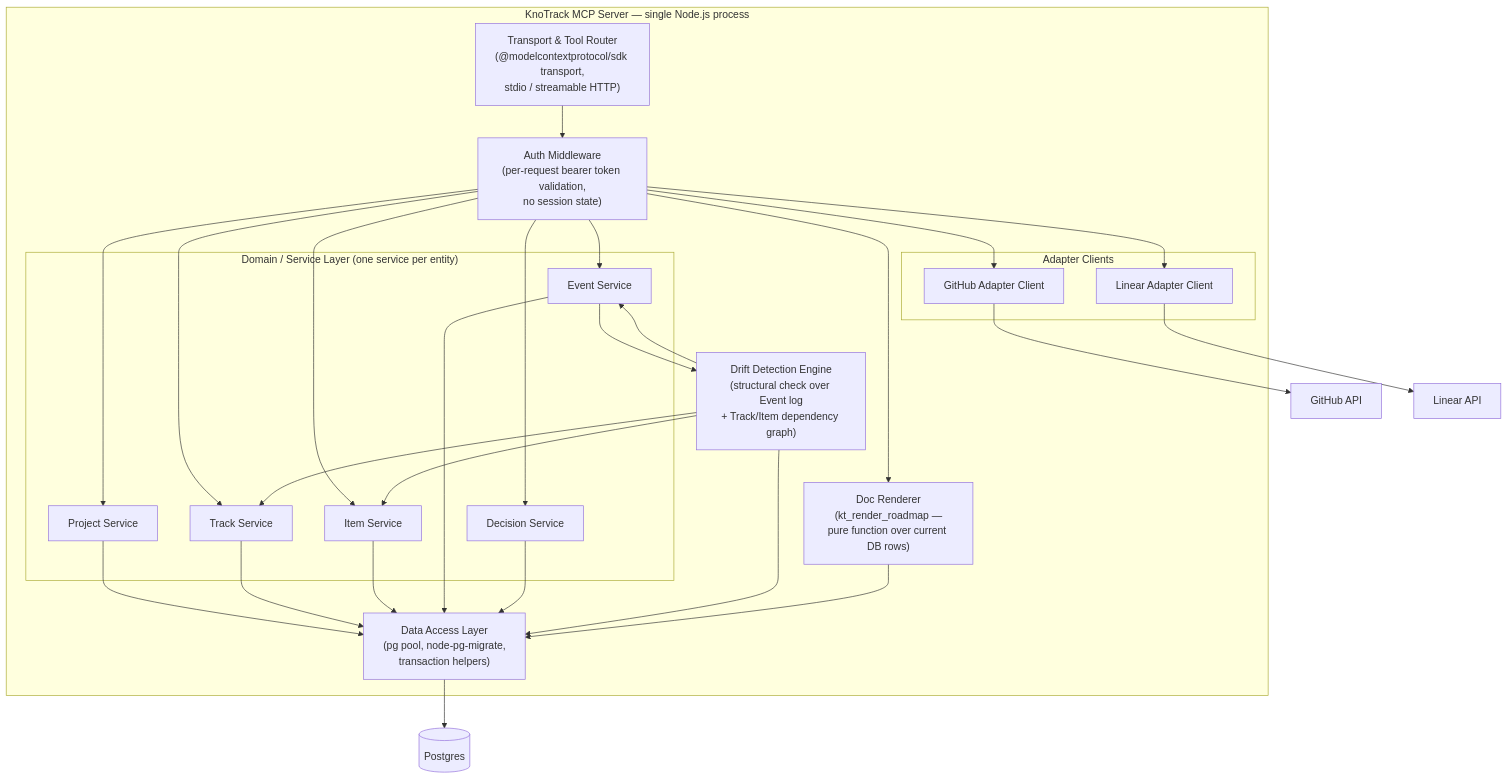
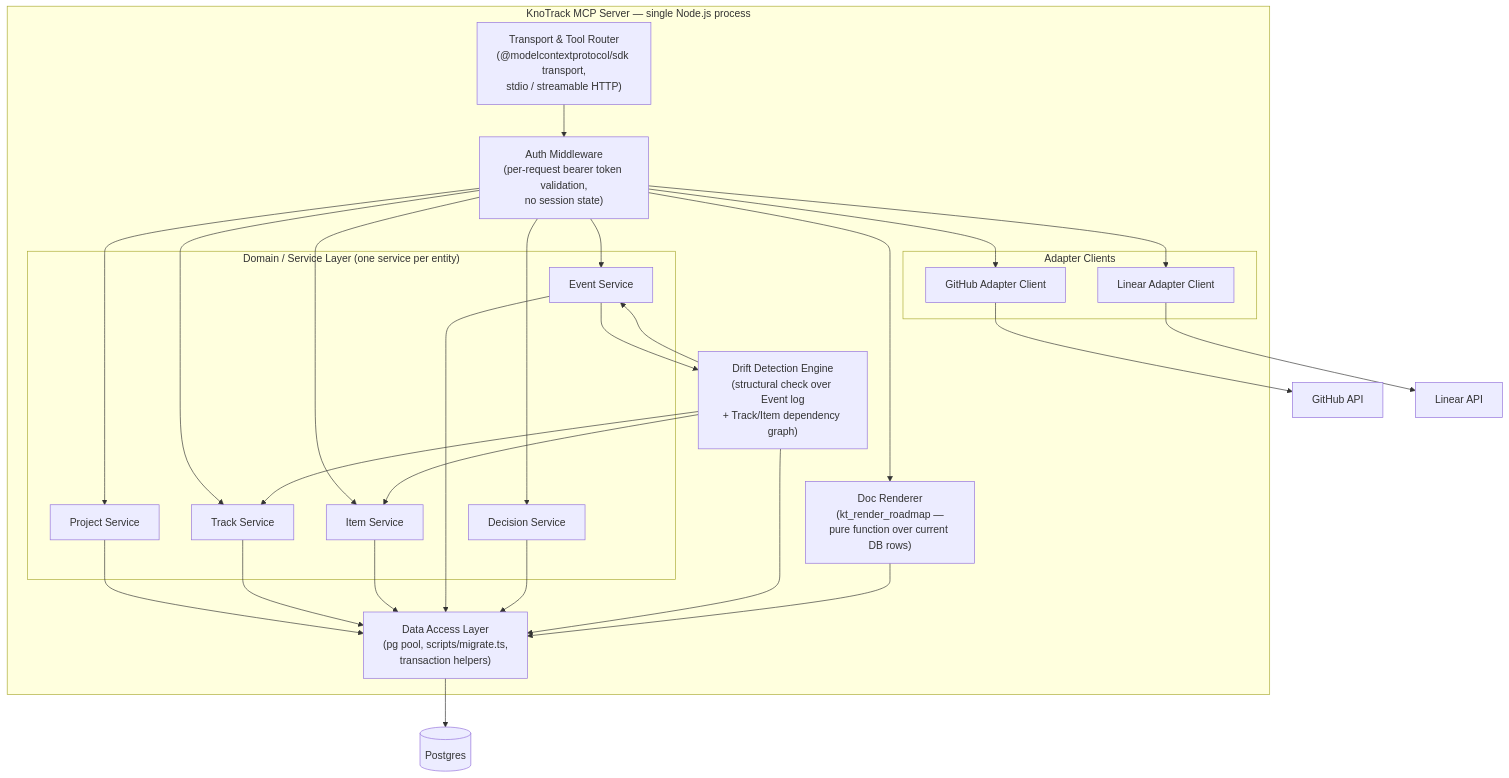
Before and after one commit to SathiaAI/KnoTrack: the second of 8 diagrams in docs/ARCHITECTURE.md, drawn with Mermaid. The commit also changed other lines of this file and 5 other files, not shown here.

First line of the commit message:
docs: reconcile PRD/TRD/ROADMAP/ARCHITECTURE/DATABASE_SCHEMA with real implementation

````diff
--- a/docs/ARCHITECTURE.md
+++ b/docs/ARCHITECTURE.md
@@ -71,56 +75,56 @@
 ```mermaid
 flowchart TB
     subgraph Proc["KnoTrack MCP Server — single Node.js process"]
         TR["Transport & Tool Router<br/>(@modelcontextprotocol/sdk transport,<br/>stdio / streamable HTTP)"]
         AUTH["Auth Middleware<br/>(per-request bearer token validation,<br/>no session state)"]
 
         subgraph Domain["Domain / Service Layer (one service per entity)"]
             PSVC["Project Service"]
             TSVC["Track Service"]
             ISVC["Item Service"]
             ESVC["Event Service"]
             DSVC["Decision Service"]
         end
 
         DRIFT["Drift Detection Engine<br/>(structural check over Event log<br/>+ Track/Item dependency graph)"]
         RENDER["Doc Renderer<br/>(kt_render_roadmap —<br/>pure function over current DB rows)"]
 
         subgraph Adapters["Adapter Clients"]
             GHA["GitHub Adapter Client"]
             LNA["Linear Adapter Client"]
         end
 
-        DAL["Data Access Layer<br/>(pg pool, node-pg-migrate,<br/>transaction helpers)"]
+        DAL["Data Access Layer<br/>(pg pool, scripts/migrate.ts,<br/>transaction helpers)"]
     end
 
     PG[("Postgres")]
     GH["GitHub API"]
     LN["Linear API"]
 
     TR --> AUTH
     AUTH --> PSVC
     AUTH --> TSVC
     AUTH --> ISVC
     AUTH --> ESVC
     AUTH --> DSVC
     AUTH --> RENDER
     AUTH --> GHA
     AUTH --> LNA
 
     ESVC --> DRIFT
     DRIFT --> TSVC
     DRIFT --> ISVC
     DRIFT --> ESVC
 
     PSVC --> DAL
     TSVC --> DAL
     ISVC --> DAL
     ESVC --> DAL
     DSVC --> DAL
     DRIFT --> DAL
     RENDER --> DAL
 
     DAL --> PG
     GHA --> GH
     LNA --> LN
 ```
````
